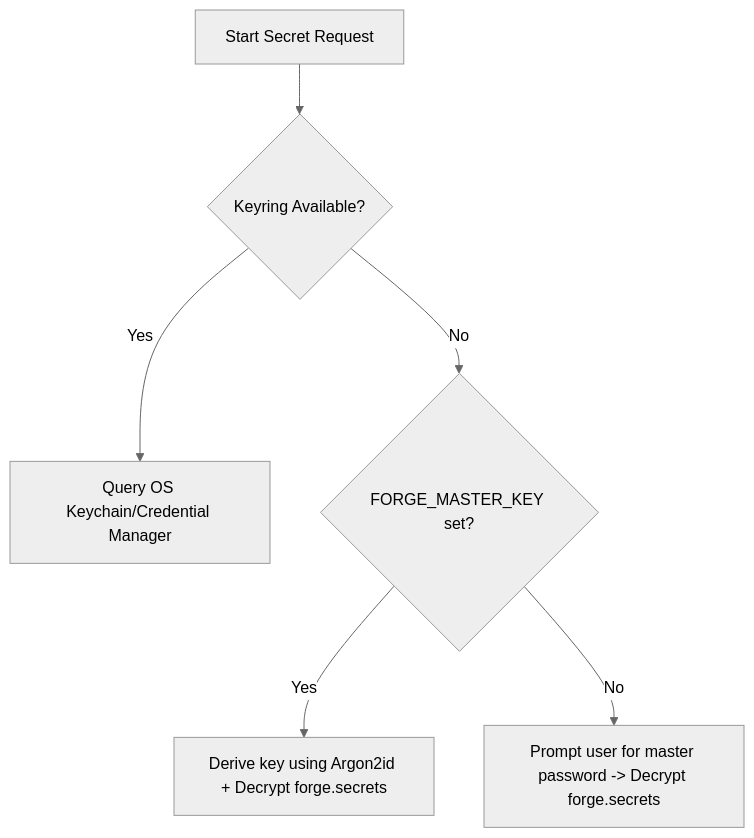
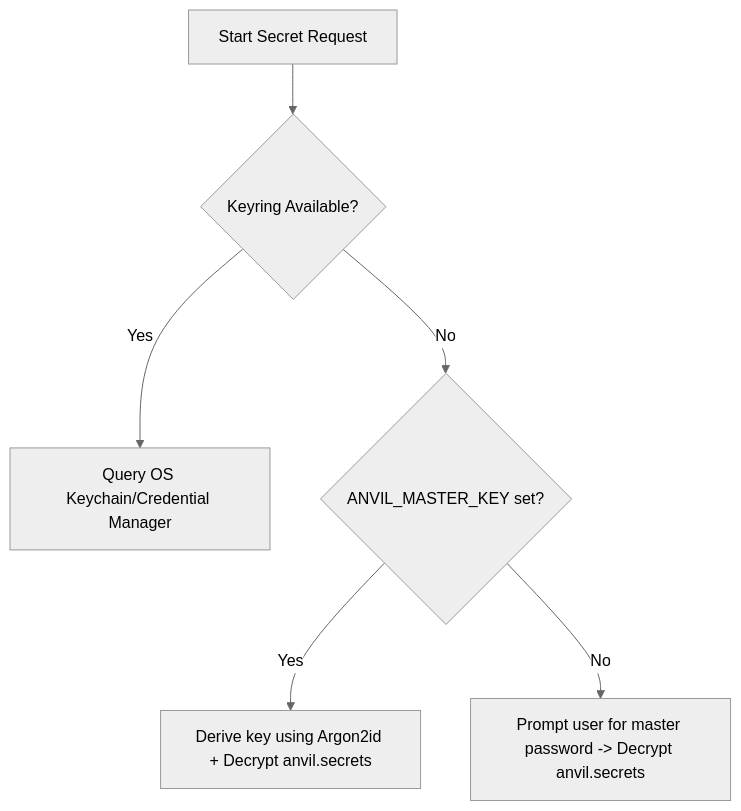
The diagram in openspec/changes/archive/2026-07-01-forge-config-secrets/exploration.md (biggs-100/anvil), drawn with Mermaid (neutral theme) before and after one commit. The commit also changed other lines of this file and 341 other files, not shown here.

First line of the commit message:
refactor: rename project from forge to anvil

````diff
--- a/openspec/changes/archive/2026-07-01-forge-config-secrets/exploration.md
+++ b/openspec/changes/archive/2026-07-01-forge-config-secrets/exploration.md
@@ -191,8 +191,8 @@
 ```mermaid
 flowchart TD
     A[Start Secret Request] --> B{Keyring Available?}
     B -- Yes --> C[Query OS Keychain/Credential Manager]
-    B -- No --> D{FORGE_MASTER_KEY set?}
-    D -- Yes --> E[Derive key using Argon2id + Decrypt forge.secrets]
-    D -- No --> F[Prompt user for master password -> Decrypt forge.secrets]
+    B -- No --> D{ANVIL_MASTER_KEY set?}
+    D -- Yes --> E[Derive key using Argon2id + Decrypt anvil.secrets]
+    D -- No --> F[Prompt user for master password -> Decrypt anvil.secrets]
 ```
````
